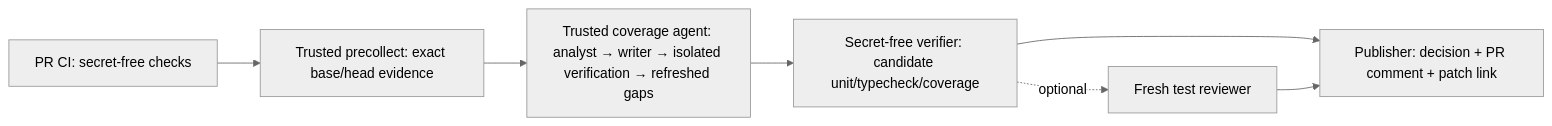
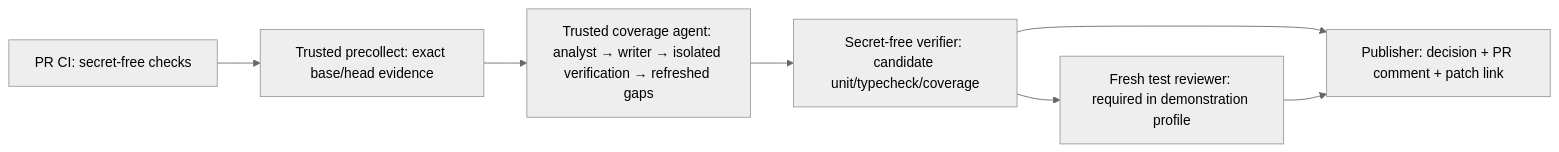
Before and after one commit to BigGafLeo/cloudfide: the diagram in docs/architecture.md, drawn with Mermaid (neutral theme). The commit also changed 30 other files, not shown here.

````diff
--- a/docs/architecture.md
+++ b/docs/architecture.md
@@ -7,9 +7,9 @@
 ```mermaid
 flowchart LR
   CI["PR CI: secret-free checks"] --> E["Trusted precollect: exact base/head evidence"]
   E --> A["Trusted coverage agent: analyst → writer → isolated verification → refreshed gaps"]
   A --> V["Secret-free verifier: candidate unit/typecheck/coverage"]
   V --> P["Publisher: decision + PR comment + patch link"]
-  V -. optional .-> R["Fresh test reviewer"]
+  V --> R["Fresh test reviewer: required in demonstration profile"]
   R --> P
 ```
````
